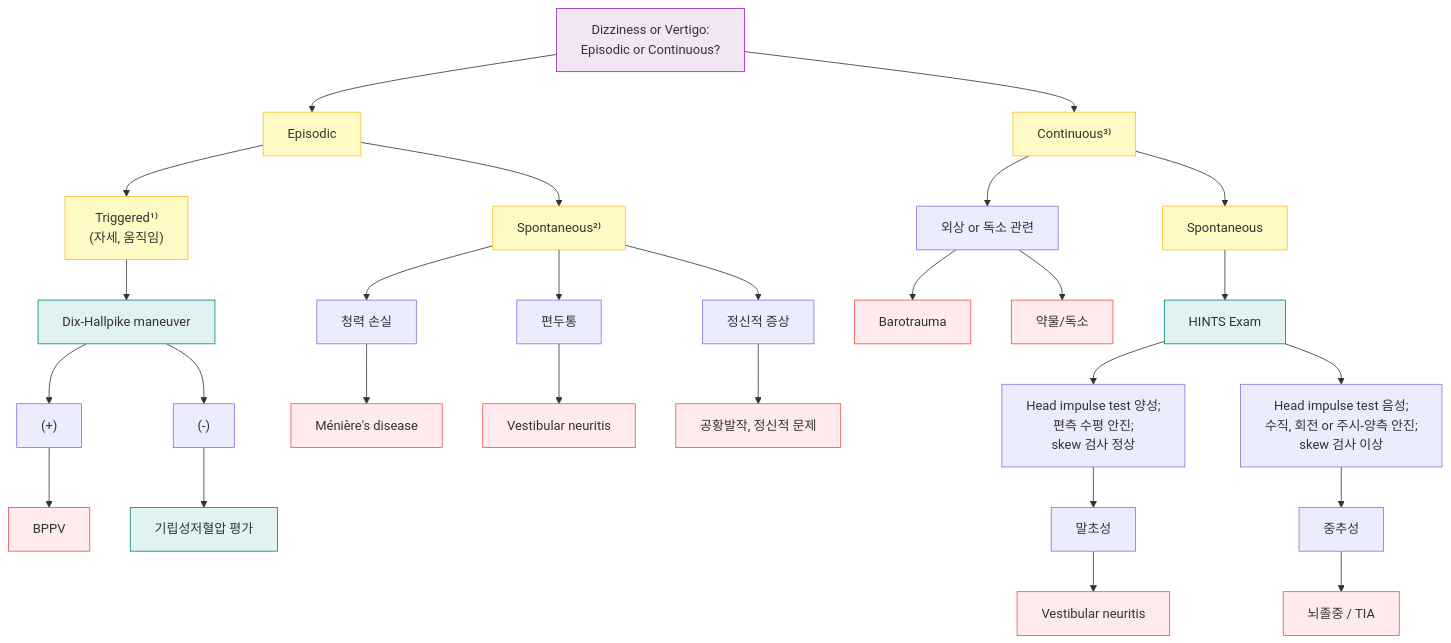
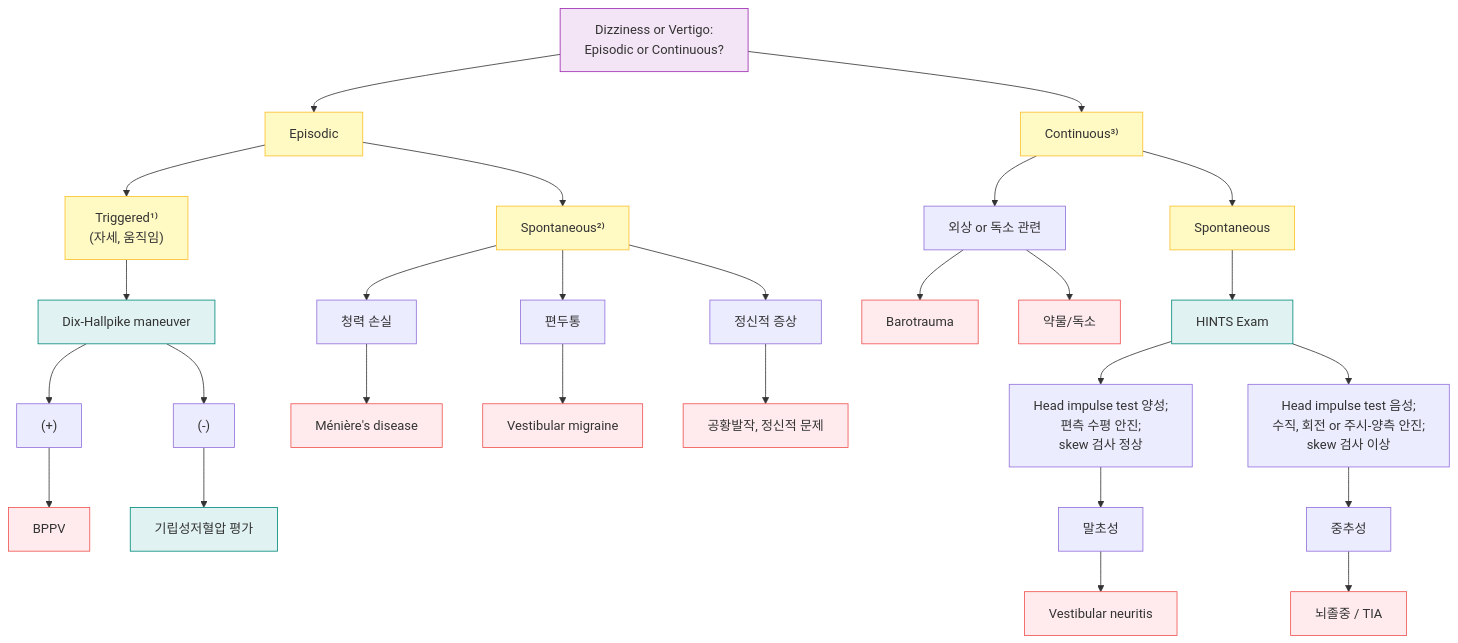
The diagram in 221_/020_-dizziness.md (familyoh77/familyoh77), drawn with Mermaid before and after one commit. The commit also changed other lines of this file and 4 other files, not shown here.

````diff
--- a/221_/020_-dizziness.md
+++ b/221_/020_-dizziness.md
@@ -322,68 +325,68 @@
 ```mermaid
 graph TD
 
     %% 메인 시작점
     Start["Dizziness or Vertigo:<br/>Episodic or Continuous?"]
 
     %% 1단계 분기: Episodic vs Continuous
     Start --> Episodic["Episodic"]
     Start --> Continuous["Continuous³⁾"]
 
     %% Episodic 경로
     Episodic --> Triggered["Triggered¹⁾<br/>(자세, 움직임)"]
     Episodic --> Spontaneous2["Spontaneous²⁾"]
 
     Triggered --> Dix["Dix-Hallpike maneuver"]
     Dix --> DixPos["(+)"]
     Dix --> DixNeg["(-)"]
     
     DixPos --> BPPV["BPPV"]
     DixNeg --> Ortho["기립성저혈압 평가"]
 
     Spontaneous2 --> Hearing["청력 손실"]
     Spontaneous2 --> Migraine["편두통"]
     Spontaneous2 --> Psych["정신적 증상"]
 
     Hearing --> Meniere["Ménière's disease"]
-    Migraine --> Vestibular1["Vestibular neuritis"]
+    Migraine --> Vestibular1["Vestibular migraine"]
     Psych --> Panic["공황발작, 정신적 문제"]
 
     %% Continuous 경로
     Continuous --> Trauma["외상 or 독소 관련"]
     Continuous --> Spontaneous3["Spontaneous"]
 
     Trauma --> Barotrauma["Barotrauma"]
     Trauma --> Toxin["약물/독소"]
 
     Spontaneous3 --> HINTS["HINTS Exam"]
     
     HINTS --> Peripheral["Head impulse test 양성;<br/>편측 수평 안진;<br/>skew 검사 정상"]
     HINTS --> Central["Head impulse test 음성;<br/>수직, 회전 or 주시-양측 안진;<br/>skew 검사 이상"]
 
     Peripheral --> PeriType["말초성"]
     PeriType --> Vestibular2["Vestibular neuritis"]
 
     Central --> CenType["중추성"]
     CenType --> Stroke["뇌졸중 / TIA"]
 
     %% 스타일 정의
     style Start fill:#f3e5f5,stroke:#9c27b0
     style Episodic fill:#fff9c4,stroke:#fbc02d
     style Continuous fill:#fff9c4,stroke:#fbc02d
     style Triggered fill:#fff9c4,stroke:#fbc02d
     style Spontaneous2 fill:#fff9c4,stroke:#fbc02d
     style Spontaneous3 fill:#fff9c4,stroke:#fbc02d
     
     style Dix fill:#e0f2f1,stroke:#00897b
     style Ortho fill:#e0f2f1,stroke:#00897b
     style HINTS fill:#e0f2f1,stroke:#00897b
     
     style BPPV fill:#ffebee,stroke:#ef5350
     style Meniere fill:#ffebee,stroke:#ef5350
     style Vestibular1 fill:#ffebee,stroke:#ef5350
     style Panic fill:#ffebee,stroke:#ef5350
     style Barotrauma fill:#ffebee,stroke:#ef5350
     style Toxin fill:#ffebee,stroke:#ef5350
     style Vestibular2 fill:#ffebee,stroke:#ef5350
     style Stroke fill:#ffebee,stroke:#ef5350
 ```
````
